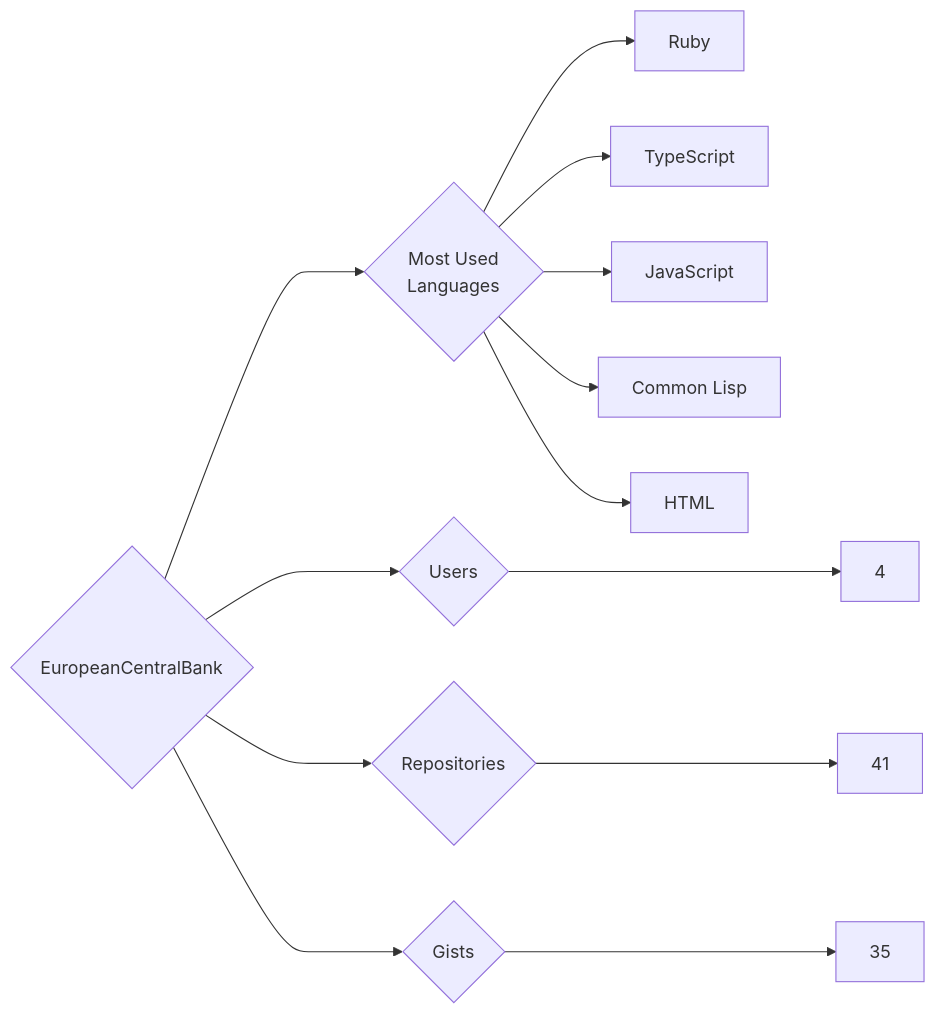
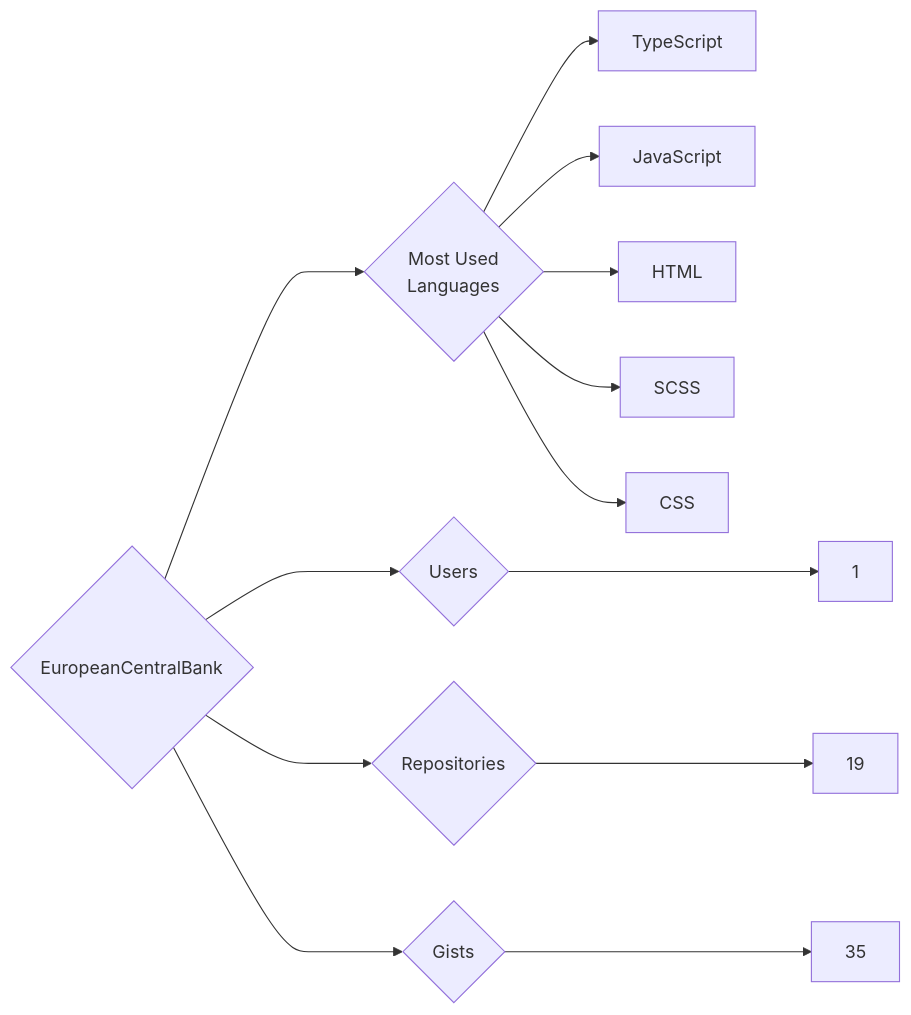
Before and after one commit to trickest/insiders: the diagram in targets/EuropeanCentralBank/README.md, drawn with Mermaid. The commit also changed 1120 other files, not shown here.

````diff
--- a/targets/EuropeanCentralBank/README.md
+++ b/targets/EuropeanCentralBank/README.md
@@ -3,13 +3,13 @@
 ```mermaid
 graph LR
 COMPANY_NAME{EuropeanCentralBank}
-COMPANY_NAME ---> U{Users} ---> UN[4]
-COMPANY_NAME ---> R{Repositories} ---> RN[41]
+COMPANY_NAME ---> U{Users} ---> UN[1]
+COMPANY_NAME ---> R{Repositories} ---> RN[19]
 COMPANY_NAME ---> G{Gists} ---> GN[35]
 COMPANY_NAME ---> ML{Most Used<br>Languages}
-ML --> Ruby[Ruby]
 ML --> TypeScript[TypeScript]
 ML --> JavaScript[JavaScript]
-ML --> Common_Lisp[Common Lisp]
 ML --> HTML[HTML]
+ML --> SCSS[SCSS]
+ML --> CSS[CSS]
 ```
````
